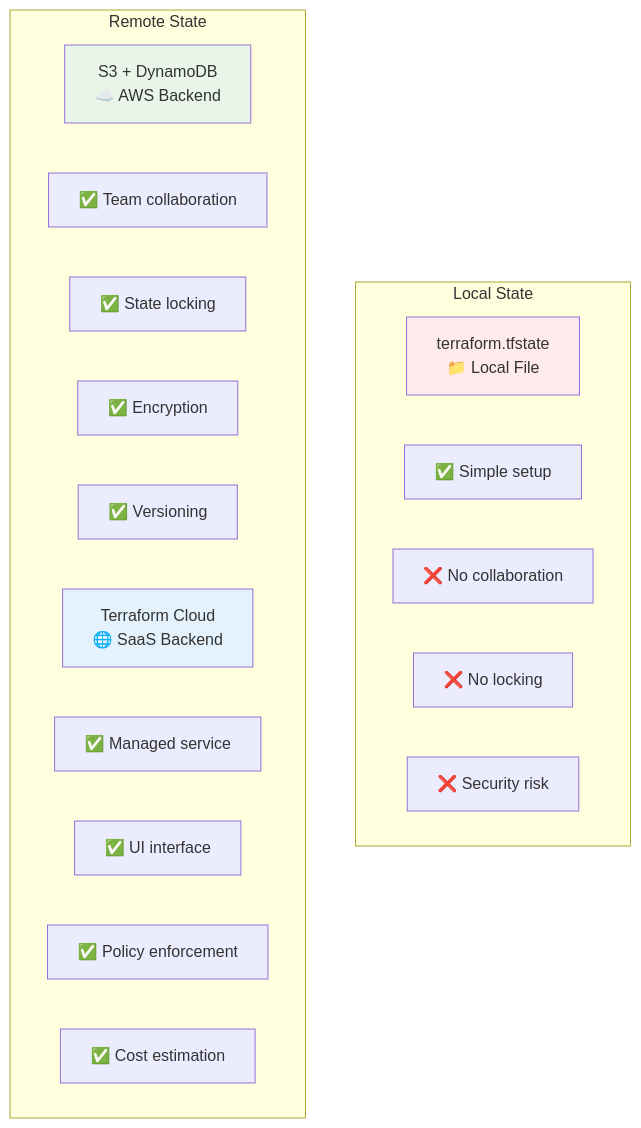
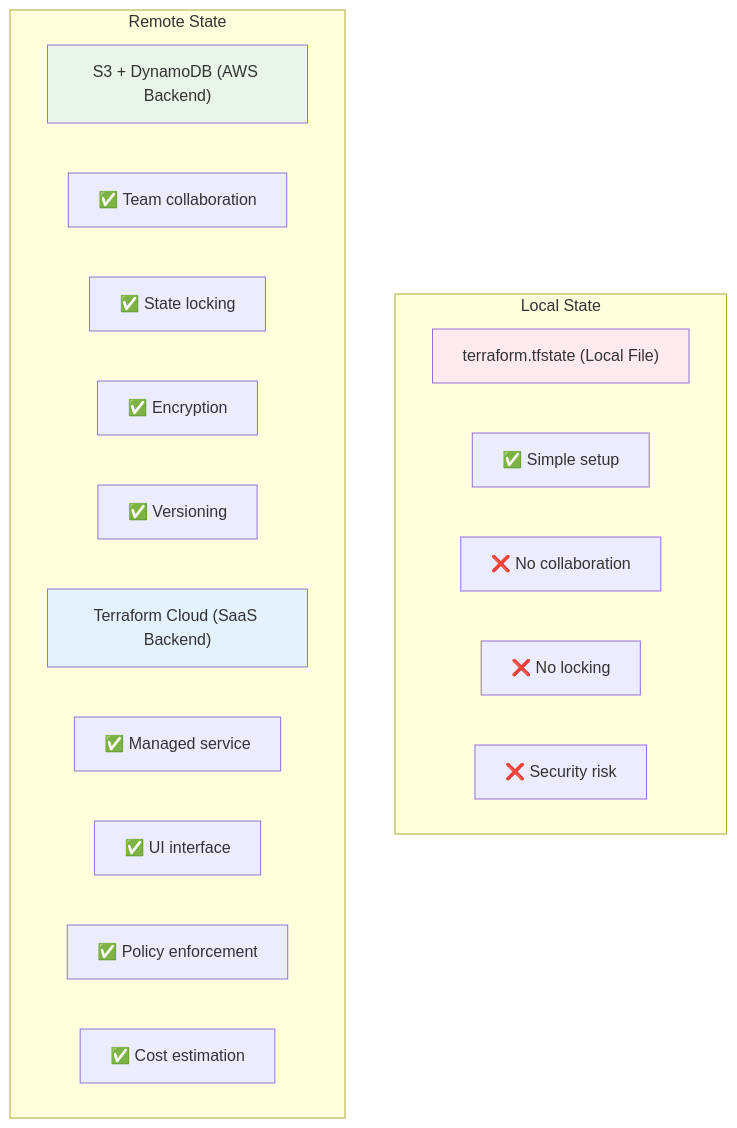
Before and after one commit to manikcloud/cloud-devops-learning-path: the seventh of 14 diagrams in terraform-complete-course/02-architecture-overview/README.md, drawn with Mermaid. The commit also changed other lines of this file, not shown here.

First line of the commit message:
Fix Mermaid diagram syntax errors in Module 2 Architecture Overview

````diff
--- a/terraform-complete-course/02-architecture-overview/README.md
+++ b/terraform-complete-course/02-architecture-overview/README.md
@@ -306,28 +314,28 @@
 ```mermaid
 graph TB
     subgraph "Local State"
-        A[terraform.tfstate<br/>📁 Local File]
+        A["terraform.tfstate (Local File)"]
         A1[✅ Simple setup]
         A2[❌ No collaboration]
         A3[❌ No locking]
         A4[❌ Security risk]
     end
     
     subgraph "Remote State"
-        B[S3 + DynamoDB<br/>☁️ AWS Backend]
+        B["S3 + DynamoDB (AWS Backend)"]
         B1[✅ Team collaboration]
         B2[✅ State locking]
         B3[✅ Encryption]
         B4[✅ Versioning]
         
-        C[Terraform Cloud<br/>🌐 SaaS Backend]
+        C["Terraform Cloud (SaaS Backend)"]
         C1[✅ Managed service]
         C2[✅ UI interface]
         C3[✅ Policy enforcement]
         C4[✅ Cost estimation]
     end
     
     style A fill:#ffebee
     style B fill:#e8f5e8
     style C fill:#e3f2fd
 ```
````
